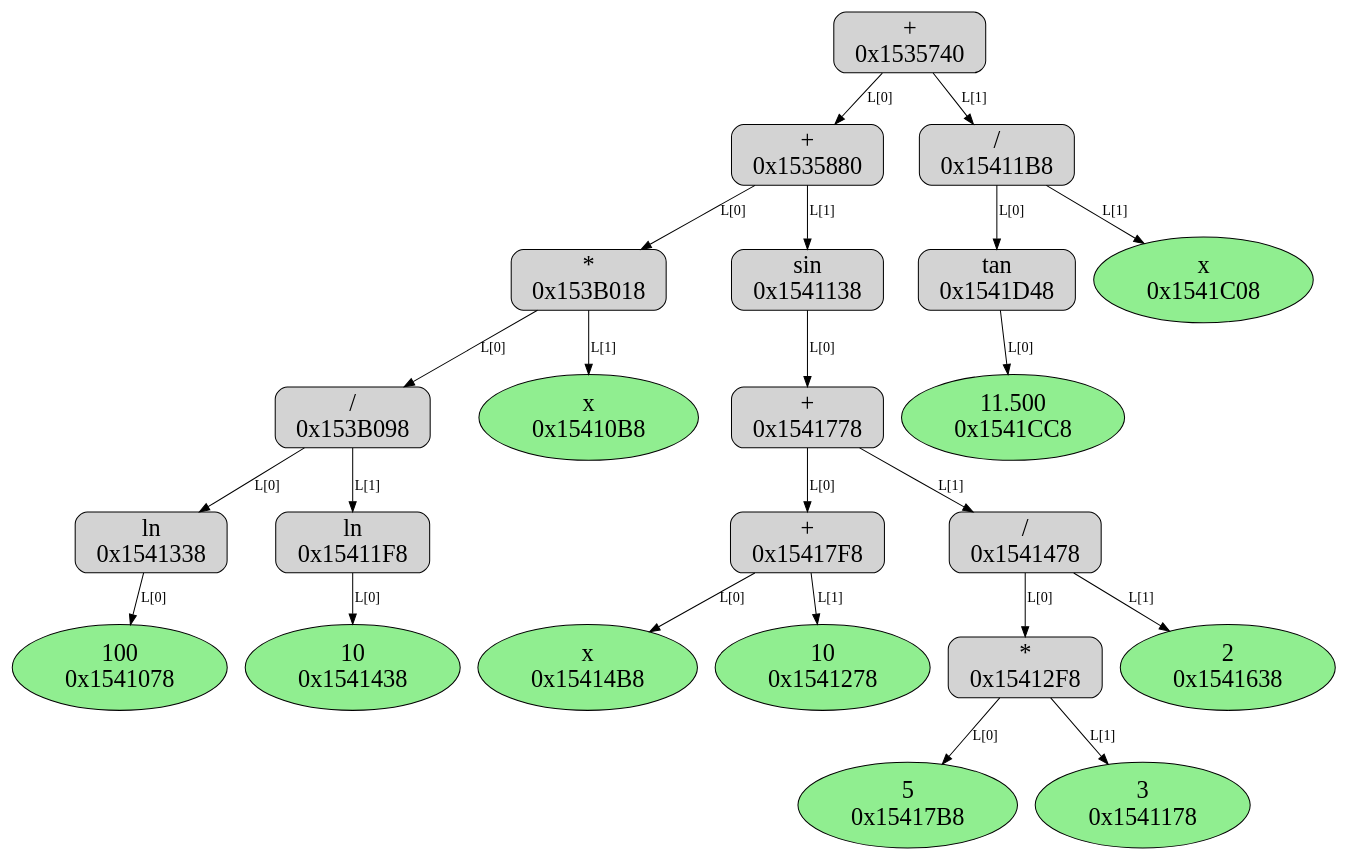
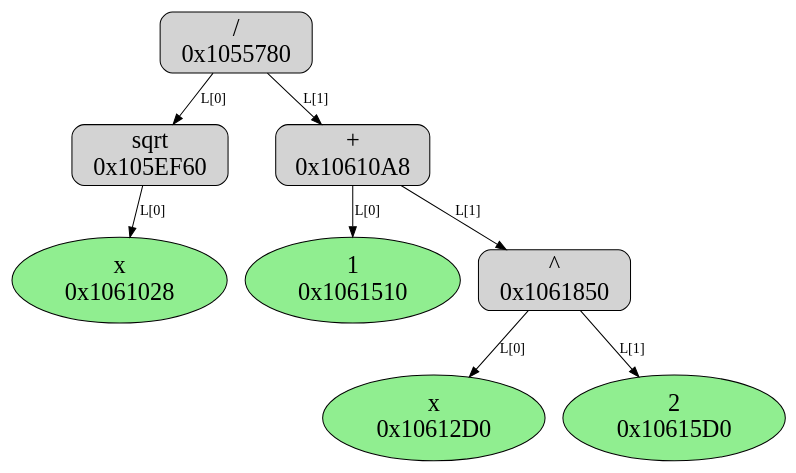
The diagram in Differentiator/originalTree.dot (Nechda/Techno_track), drawn with Graphviz before and after one commit. The commit also changed 15 other files, not shown here.

```diff
--- a/Differentiator/originalTree.dot
+++ b/Differentiator/originalTree.dot
@@ -1,116 +1,41 @@
 digraph{
 node [color = "black", fontsize = 24, shape = "box", style = "filled, rounded", fillcolor = "lightgray"]
 edge [color = "black", fontsize = 24]
-"100
-0x1541078" [shape = "ellipse", fillcolor = "lightgreen"] 
- "ln
-0x1541338" 
- "ln
-0x1541338" ->  "100
-0x1541078" [label = "L[0]", fontsize = 14] 
-"10
-0x1541438" [shape = "ellipse", fillcolor = "lightgreen"] 
- "ln
-0x15411F8" 
- "ln
-0x15411F8" ->  "10
-0x1541438" [label = "L[0]", fontsize = 14] 
+"x
+0x1061028" [shape = "ellipse", fillcolor = "lightgreen"] 
+ "sqrt
+0x105EF60" 
+ "sqrt
+0x105EF60" ->  "x
+0x1061028" [label = "L[0]", fontsize = 14] 
+"1
+0x1061510" [shape = "ellipse", fillcolor = "lightgreen"] 
+"x
+0x10612D0" [shape = "ellipse", fillcolor = "lightgreen"] 
+"2
+0x10615D0" [shape = "ellipse", fillcolor = "lightgreen"] 
+ "^
+0x1061850" 
+ "^
+0x1061850" ->  "x
+0x10612D0" [label = "L[0]", fontsize = 14] 
+ "^
+0x1061850" ->  "2
+0x10615D0" [label = "L[1]", fontsize = 14] 
+ "+
+0x10610A8" 
+ "+
+0x10610A8" ->  "1
+0x1061510" [label = "L[0]", fontsize = 14] 
+ "+
+0x10610A8" ->  "^
+0x1061850" [label = "L[1]", fontsize = 14] 
  "/
-0x153B098" 
+0x1055780" 
  "/
-0x153B098" ->  "ln
-0x1541338" [label = "L[0]", fontsize = 14] 
+0x1055780" ->  "sqrt
+0x105EF60" [label = "L[0]", fontsize = 14] 
  "/
-0x153B098" ->  "ln
-0x15411F8" [label = "L[1]", fontsize = 14] 
-"x
-0x15410B8" [shape = "ellipse", fillcolor = "lightgreen"] 
- "*
-0x153B018" 
- "*
-0x153B018" ->  "/
-0x153B098" [label = "L[0]", fontsize = 14] 
- "*
-0x153B018" ->  "x
-0x15410B8" [label = "L[1]", fontsize = 14] 
-"x
-0x15414B8" [shape = "ellipse", fillcolor = "lightgreen"] 
-"10
-0x1541278" [shape = "ellipse", fillcolor = "lightgreen"] 
- "+
-0x15417F8" 
- "+
-0x15417F8" ->  "x
-0x15414B8" [label = "L[0]", fontsize = 14] 
- "+
-0x15417F8" ->  "10
-0x1541278" [label = "L[1]", fontsize = 14] 
-"5
-0x15417B8" [shape = "ellipse", fillcolor = "lightgreen"] 
-"3
-0x1541178" [shape = "ellipse", fillcolor = "lightgreen"] 
- "*
-0x15412F8" 
- "*
-0x15412F8" ->  "5
-0x15417B8" [label = "L[0]", fontsize = 14] 
- "*
-0x15412F8" ->  "3
-0x1541178" [label = "L[1]", fontsize = 14] 
-"2
-0x1541638" [shape = "ellipse", fillcolor = "lightgreen"] 
- "/
-0x1541478" 
- "/
-0x1541478" ->  "*
-0x15412F8" [label = "L[0]", fontsize = 14] 
- "/
-0x1541478" ->  "2
-0x1541638" [label = "L[1]", fontsize = 14] 
- "+
-0x1541778" 
- "+
-0x1541778" ->  "+
-0x15417F8" [label = "L[0]", fontsize = 14] 
- "+
-0x1541778" ->  "/
-0x1541478" [label = "L[1]", fontsize = 14] 
- "sin
-0x1541138" 
- "sin
-0x1541138" ->  "+
-0x1541778" [label = "L[0]", fontsize = 14] 
- "+
-0x1535880" 
- "+
-0x1535880" ->  "*
-0x153B018" [label = "L[0]", fontsize = 14] 
- "+
-0x1535880" ->  "sin
-0x1541138" [label = "L[1]", fontsize = 14] 
-"11.500
-0x1541CC8" [shape = "ellipse", fillcolor = "lightgreen"] 
- "tan
-0x1541D48" 
- "tan
-0x1541D48" ->  "11.500
-0x1541CC8" [label = "L[0]", fontsize = 14] 
-"x
-0x1541C08" [shape = "ellipse", fillcolor = "lightgreen"] 
- "/
-0x15411B8" 
- "/
-0x15411B8" ->  "tan
-0x1541D48" [label = "L[0]", fontsize = 14] 
- "/
-0x15411B8" ->  "x
-0x1541C08" [label = "L[1]", fontsize = 14] 
- "+
-0x1535740" 
- "+
-0x1535740" ->  "+
-0x1535880" [label = "L[0]", fontsize = 14] 
- "+
-0x1535740" ->  "/
-0x15411B8" [label = "L[1]", fontsize = 14] 
+0x1055780" ->  "+
+0x10610A8" [label = "L[1]", fontsize = 14] 
 }
```
